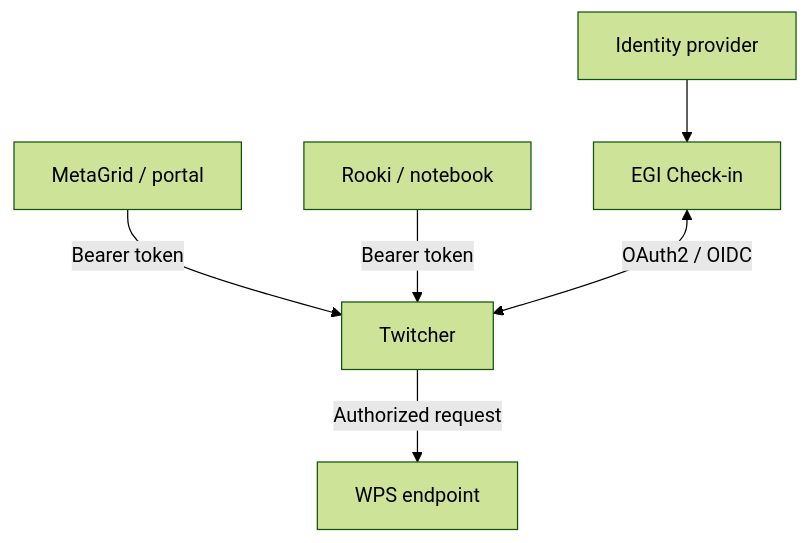
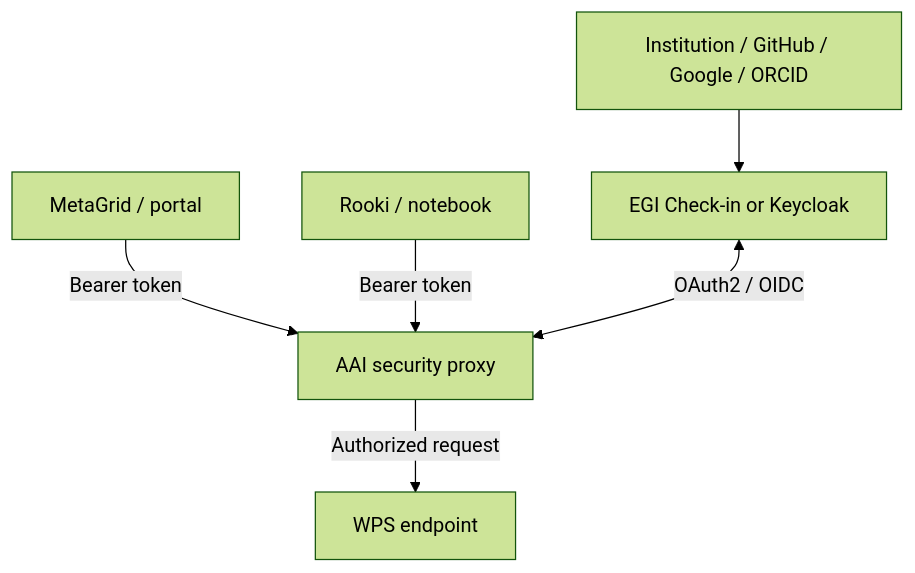
Before and after one commit to roocs/rook: the seventh of 10 diagrams in Rook_WPS_ESGF2_talk_draft.md, drawn with Mermaid (forest theme). The commit also changed other lines of this file, not shown here.

````diff
--- a/Rook_WPS_ESGF2_talk_draft.md
+++ b/Rook_WPS_ESGF2_talk_draft.md
@@ -251,8 +278,8 @@
 ```mermaid
 flowchart TD
-    IdP["Identity provider"] --> EGI["EGI Check-in"]
-    Portal["MetaGrid / portal"] -->|"Bearer token"| Proxy["Twitcher"]
+    IdP["Institution / GitHub / Google / ORCID"] --> Identity["EGI Check-in or Keycloak"]
+    Portal["MetaGrid / portal"] -->|"Bearer token"| Proxy["AAI security proxy"]
     Notebook["Rooki / notebook"] -->|"Bearer token"| Proxy
-    EGI <-->|"OAuth2 / OIDC"| Proxy
+    Identity <-->|"OAuth2 / OIDC"| Proxy
     Proxy -->|"Authorized request"| WPS["WPS endpoint"]
 ```
````
